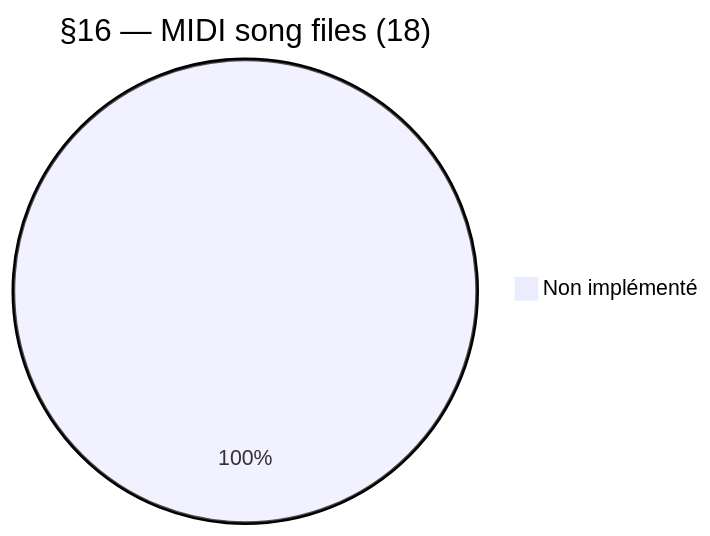
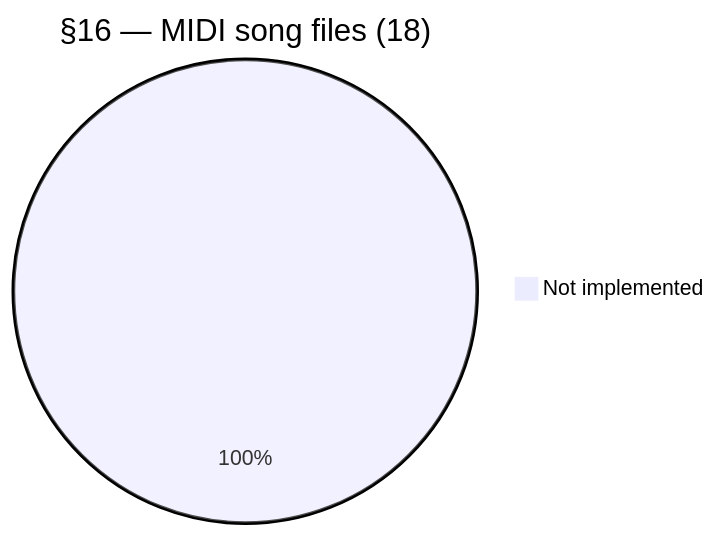
Before and after one commit to xplorer2716/XS56K: diagram 13 of 14 in process/3.plan/SUMMARY-akm-sections-coverage.md, drawn with Mermaid. The commit also changed other lines of this file, not shown here.

````diff
--- a/process/3.plan/SUMMARY-akm-sections-coverage.md
+++ b/process/3.plan/SUMMARY-akm-sections-coverage.md
@@ -100,4 +100,4 @@
 ```mermaid
 pie title §16 — MIDI song files (18)
-    "Non implémenté" : 18
+    "Not implemented" : 18
 ```
````
